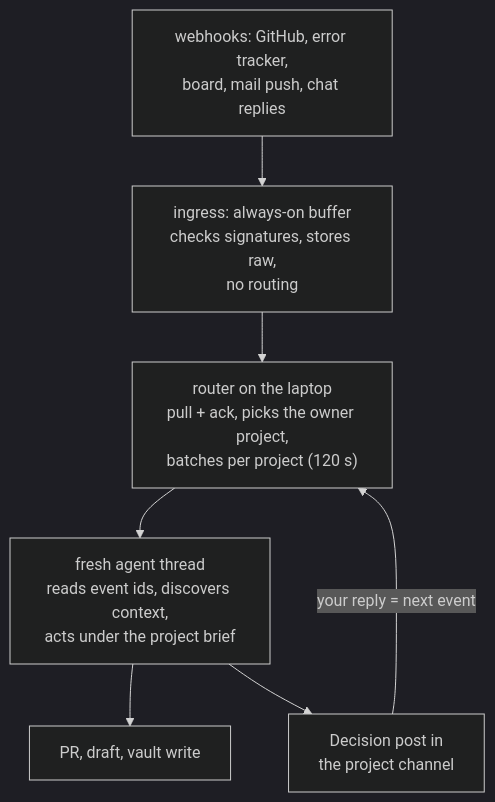
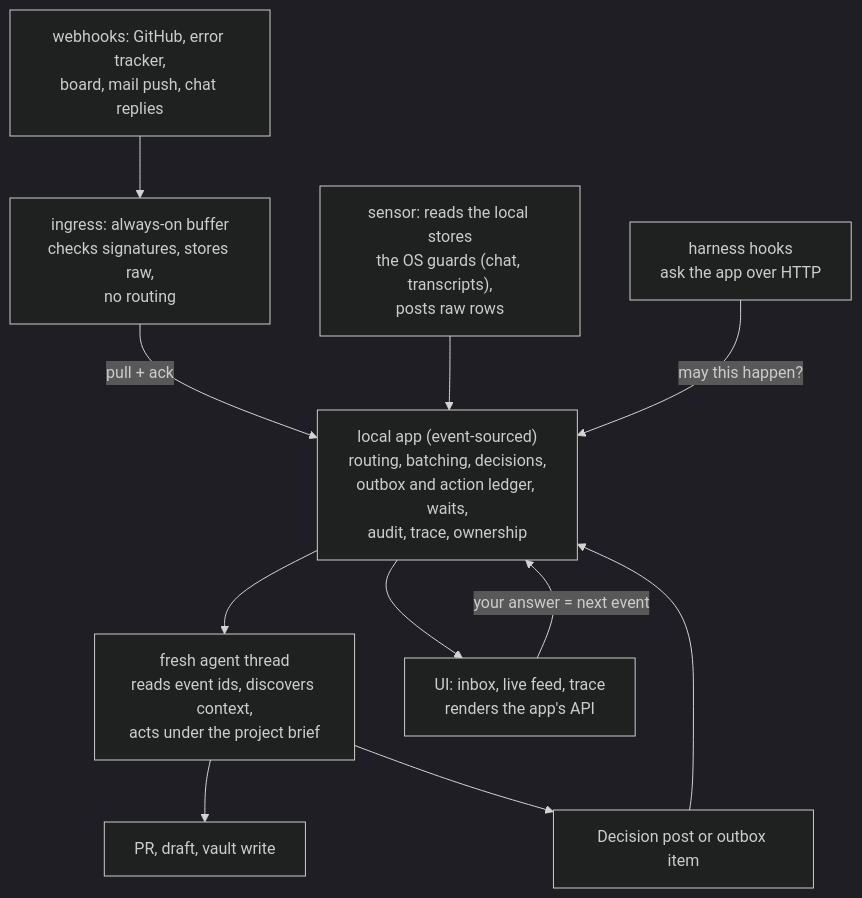
Before and after one commit to j-shelfwood/jig: the fourth of 4 diagrams in docs/orchestration.md, drawn with Mermaid (dark theme). The commit also changed other lines of this file and 5 other files, not shown here.

First line of the commit message:
Docs: one local app owns gates and events; hooks and the UI talk to it over HTTP

````diff
--- a/docs/orchestration.md
+++ b/docs/orchestration.md
@@ -92,13 +94,20 @@
 ```mermaid
 flowchart TD
     SRC["webhooks: GitHub, error tracker,<br/>board, mail push, chat replies"]
     IN["ingress: always-on buffer<br/>checks signatures, stores raw,<br/>no routing"]
-    RT["router on the laptop<br/>pull + ack, picks the owner project,<br/>batches per project (120 s)"]
+    SEN["sensor: reads the local stores<br/>the OS guards (chat, transcripts),<br/>posts raw rows"]
+    APP["local app (event-sourced)<br/>routing, batching, decisions,<br/>outbox and action ledger, waits,<br/>audit, trace, ownership"]
     T["fresh agent thread<br/>reads event ids, discovers context,<br/>acts under the project brief"]
+    HK["harness hooks<br/>ask the app over HTTP"]
+    UI["UI: inbox, live feed, trace<br/>renders the app's API"]
     PR["PR, draft, vault write"]
-    DC["Decision post in<br/>the project channel"]
-    SRC --> IN --> RT --> T
+    DC["Decision post or outbox item"]
+    SRC --> IN -- "pull + ack" --> APP
+    SEN --> APP
+    APP --> T
     T --> PR
-    T --> DC
-    DC -- "your reply = next event" --> RT
+    T --> DC --> APP
+    HK -- "may this happen?" --> APP
+    APP --> UI
+    UI -- "your answer = next event" --> APP
 ```
````
